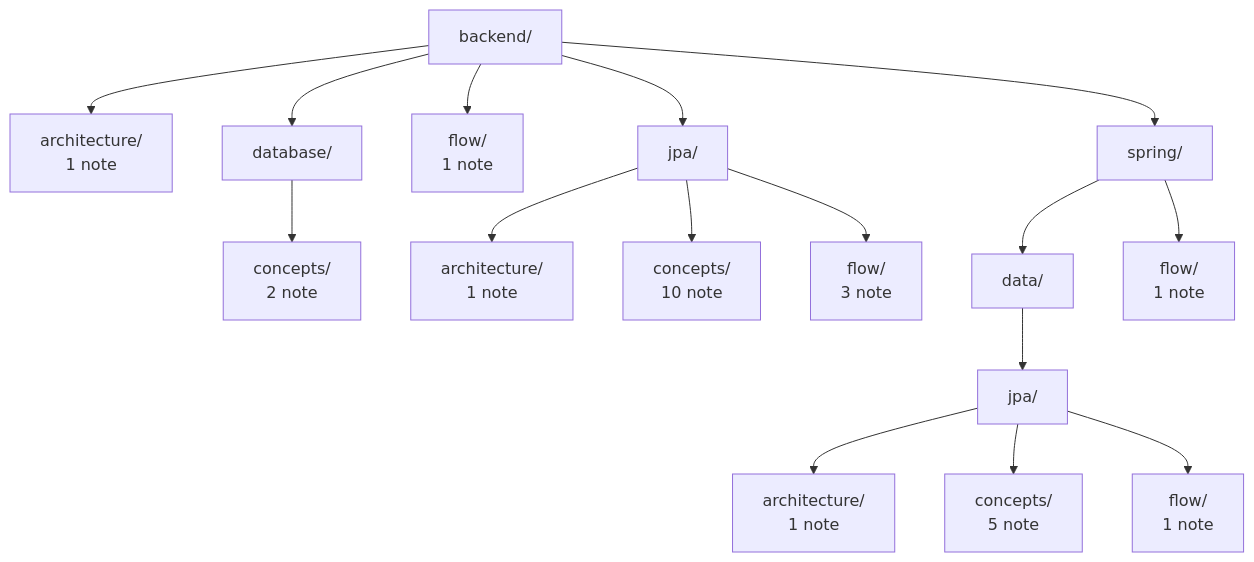
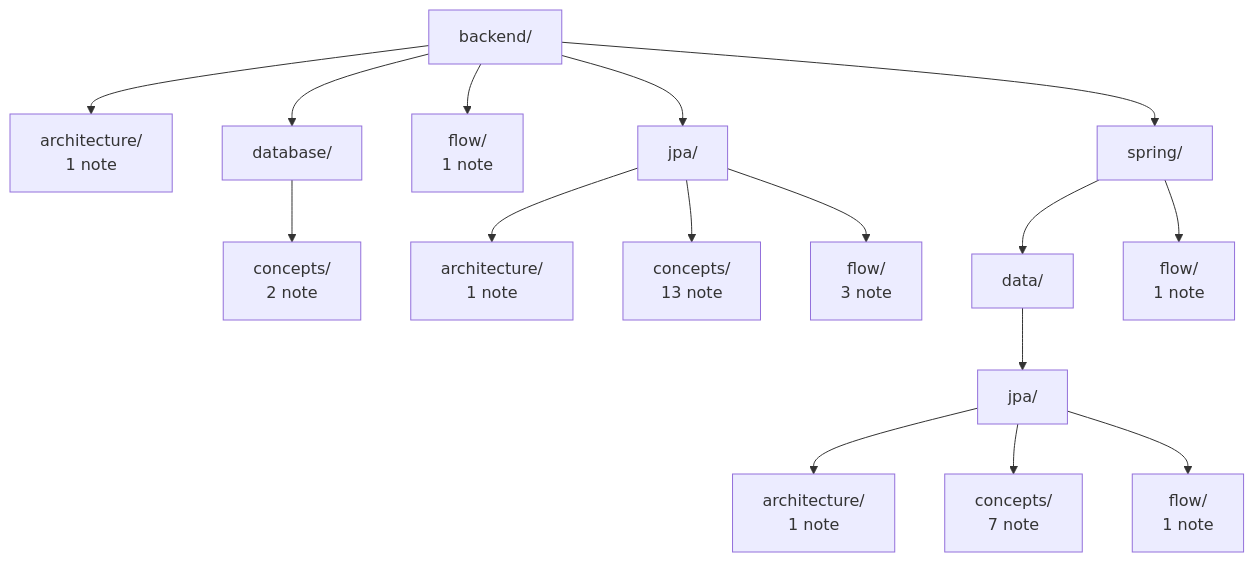
One commit to Pizza-Mozzarella/self-learning changed the diagram in notes/backend/README.md. Above: the diagram before and after it, drawn with Mermaid. The commit also changed 44 other files, not shown here.

````diff
--- a/notes/backend/README.md
+++ b/notes/backend/README.md
@@ -8,34 +8,34 @@
 ```mermaid
 flowchart TD
     d0["backend/"]
     d1["architecture/<br/>1 note"]
     d0 --> d1
     d2["database/"]
     d0 --> d2
     d3["concepts/<br/>2 note"]
     d2 --> d3
     d4["flow/<br/>1 note"]
     d0 --> d4
     d5["jpa/"]
     d0 --> d5
     d6["architecture/<br/>1 note"]
     d5 --> d6
-    d7["concepts/<br/>10 note"]
+    d7["concepts/<br/>13 note"]
     d5 --> d7
     d8["flow/<br/>3 note"]
     d5 --> d8
     d9["spring/"]
     d0 --> d9
     d10["data/"]
     d9 --> d10
     d11["jpa/"]
     d10 --> d11
     d12["architecture/<br/>1 note"]
     d11 --> d12
-    d13["concepts/<br/>5 note"]
+    d13["concepts/<br/>7 note"]
     d11 --> d13
     d14["flow/<br/>1 note"]
     d11 --> d14
     d15["flow/<br/>1 note"]
     d9 --> d15
 ```
````
